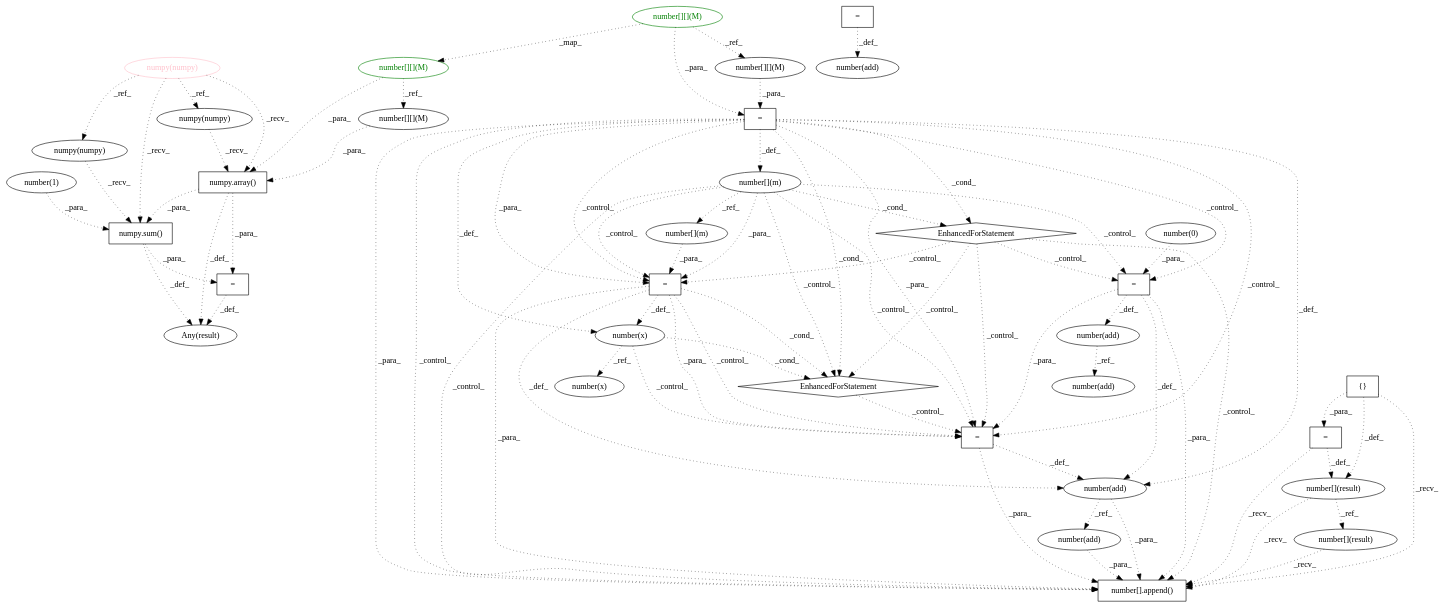
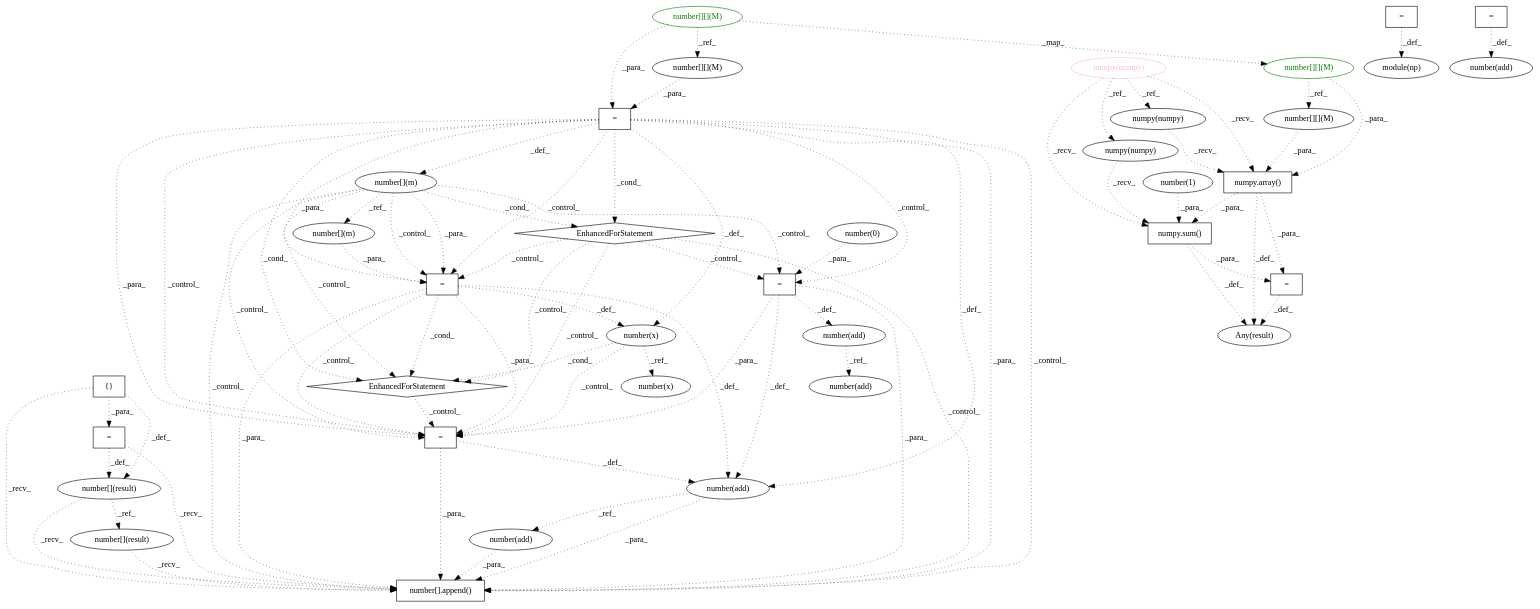
Before and after one commit to maldil/R-CPATMiner: the diagram in AtomicASTChangeMining/OUTPUT/DEBUG/0b0b5cabd55953de19e86685dfa1dd2799bcc3fc___0.dot, drawn with Graphviz. The commit also changed 706 other files, not shown here.

```diff
--- a/AtomicASTChangeMining/OUTPUT/DEBUG/0b0b5cabd55953de19e86685dfa1dd2799bcc3fc___0.dot
+++ b/AtomicASTChangeMining/OUTPUT/DEBUG/0b0b5cabd55953de19e86685dfa1dd2799bcc3fc___0.dot
@@ -1,112 +1,115 @@
 digraph G {
-1 [label="numpy(numpy)" shape=ellipse]
-2 [label="numpy.array()" shape=box]
-3 [label="numpy(numpy)" shape=ellipse]
-4 [label="number(add)" shape=ellipse]
-5 [label="EnhancedForStatement" shape=diamond]
-6 [label="number(0)" shape=ellipse]
-7 [label="number(1)" shape=ellipse]
-8 [label="number(add)" shape=ellipse]
+1 [label="number(x)" shape=ellipse]
+2 [label="{}" shape=box]
+3 [label="Any(result)" shape=ellipse]
+4 [label="number(1)" shape=ellipse]
+5 [label="numpy(numpy)" shape=ellipse color=pink fontcolor=pink]
+6 [label="number(x)" shape=ellipse]
+7 [label="number(add)" shape=ellipse]
+8 [label="number[][](M)" shape=ellipse]
 9 [label="=" shape=box]
-10 [label="EnhancedForStatement" shape=diamond]
-11 [label="number(add)" shape=ellipse]
-12 [label="{}" shape=box]
-13 [label="number[][](M)" shape=ellipse color=green fontcolor=green]
-14 [label="number(x)" shape=ellipse]
-15 [label="=" shape=box]
-16 [label="Any(result)" shape=ellipse]
-17 [label="=" shape=box]
-18 [label="=" shape=box]
-19 [label="=" shape=box]
-20 [label="number[](result)" shape=ellipse]
-21 [label="number(add)" shape=ellipse]
-22 [label="number[](m)" shape=ellipse]
-23 [label="=" shape=box]
-24 [label="number[][](M)" shape=ellipse]
-25 [label="=" shape=box]
-26 [label="number[][](M)" shape=ellipse]
-27 [label="number[][](M)" shape=ellipse color=green fontcolor=green]
-28 [label="number[].append()" shape=box]
-29 [label="numpy.sum()" shape=box]
-30 [label="number(x)" shape=ellipse]
-31 [label="number[](m)" shape=ellipse]
-32 [label="numpy(numpy)" shape=ellipse color=pink fontcolor=pink]
-33 [label="number[](result)" shape=ellipse]
-34 [label="number(add)" shape=ellipse]
-32 -> 1 [label="_ref_" style=dotted];
-1 -> 2 [label="_recv_" style=dotted];
-26 -> 2 [label="_para_" style=dotted];
-32 -> 2 [label="_recv_" style=dotted];
-13 -> 2 [label="_para_" style=dotted];
-32 -> 3 [label="_ref_" style=dotted];
-21 -> 4 [label="_ref_" style=dotted];
-10 -> 5 [label="_control_" style=dotted];
-30 -> 5 [label="_cond_" style=dotted];
-19 -> 5 [label="_cond_" style=dotted];
-23 -> 5 [label="_cond_" style=dotted];
-31 -> 5 [label="_control_" style=dotted];
-15 -> 8 [label="_def_" style=dotted];
-10 -> 9 [label="_control_" style=dotted];
-6 -> 9 [label="_para_" style=dotted];
-31 -> 9 [label="_control_" style=dotted];
-23 -> 9 [label="_control_" style=dotted];
-31 -> 10 [label="_cond_" style=dotted];
-23 -> 10 [label="_cond_" style=dotted];
-25 -> 11 [label="_def_" style=dotted];
-19 -> 11 [label="_def_" style=dotted];
-23 -> 11 [label="_def_" style=dotted];
-9 -> 11 [label="_def_" style=dotted];
-27 -> 13 [label="_map_" style=dotted];
-30 -> 14 [label="_ref_" style=dotted];
-17 -> 16 [label="_def_" style=dotted];
-29 -> 16 [label="_def_" style=dotted];
-2 -> 16 [label="_def_" style=dotted];
-29 -> 17 [label="_para_" style=dotted];
-2 -> 17 [label="_para_" style=dotted];
-12 -> 18 [label="_para_" style=dotted];
-10 -> 19 [label="_control_" style=dotted];
-22 -> 19 [label="_para_" style=dotted];
-31 -> 19 [label="_para_" style=dotted];
-23 -> 19 [label="_para_" style=dotted];
-31 -> 19 [label="_control_" style=dotted];
-23 -> 19 [label="_control_" style=dotted];
-33 -> 20 [label="_ref_" style=dotted];
-9 -> 21 [label="_def_" style=dotted];
-31 -> 22 [label="_ref_" style=dotted];
-24 -> 23 [label="_para_" style=dotted];
-27 -> 23 [label="_para_" style=dotted];
-27 -> 24 [label="_ref_" style=dotted];
-5 -> 25 [label="_control_" style=dotted];
-19 -> 25 [label="_para_" style=dotted];
-23 -> 25 [label="_para_" style=dotted];
-9 -> 25 [label="_para_" style=dotted];
-10 -> 25 [label="_control_" style=dotted];
-30 -> 25 [label="_control_" style=dotted];
-19 -> 25 [label="_control_" style=dotted];
-23 -> 25 [label="_control_" style=dotted];
-31 -> 25 [label="_control_" style=dotted];
-13 -> 26 [label="_ref_" style=dotted];
-10 -> 28 [label="_control_" style=dotted];
-20 -> 28 [label="_recv_" style=dotted];
-34 -> 28 [label="_para_" style=dotted];
-11 -> 28 [label="_para_" style=dotted];
-25 -> 28 [label="_para_" style=dotted];
-19 -> 28 [label="_para_" style=dotted];
+10 [label="number[][](M)" shape=ellipse color=green fontcolor=green]
+11 [label="=" shape=box]
+12 [label="=" shape=box]
+13 [label="=" shape=box]
+14 [label="EnhancedForStatement" shape=diamond]
+15 [label="number(add)" shape=ellipse]
+16 [label="=" shape=box]
+17 [label="EnhancedForStatement" shape=diamond]
+18 [label="number[](result)" shape=ellipse]
+19 [label="module(np)" shape=ellipse]
+20 [label="number(add)" shape=ellipse]
+21 [label="numpy(numpy)" shape=ellipse]
+22 [label="number[](result)" shape=ellipse]
+23 [label="numpy.array()" shape=box]
+24 [label="number(0)" shape=ellipse]
+25 [label="number(add)" shape=ellipse]
+26 [label="numpy(numpy)" shape=ellipse]
+27 [label="=" shape=box]
+28 [label="numpy.sum()" shape=box]
+29 [label="number(add)" shape=ellipse]
+30 [label="number[](m)" shape=ellipse]
+31 [label="number[][](M)" shape=ellipse]
+32 [label="=" shape=box]
+33 [label="number[](m)" shape=ellipse]
+34 [label="=" shape=box]
+35 [label="number[].append()" shape=box]
+36 [label="number[][](M)" shape=ellipse color=green fontcolor=green]
+6 -> 1 [label="_ref_" style=dotted];
+27 -> 3 [label="_def_" style=dotted];
+28 -> 3 [label="_def_" style=dotted];
+23 -> 3 [label="_def_" style=dotted];
+13 -> 6 [label="_def_" style=dotted];
+9 -> 6 [label="_def_" style=dotted];
+15 -> 7 [label="_ref_" style=dotted];
+36 -> 8 [label="_ref_" style=dotted];
+31 -> 9 [label="_para_" style=dotted];
+10 -> 9 [label="_para_" style=dotted];
+2 -> 11 [label="_para_" style=dotted];
+14 -> 13 [label="_control_" style=dotted];
+33 -> 13 [label="_para_" style=dotted];
+30 -> 13 [label="_para_" style=dotted];
+9 -> 13 [label="_para_" style=dotted];
+30 -> 13 [label="_control_" style=dotted];
+9 -> 13 [label="_control_" style=dotted];
+30 -> 14 [label="_cond_" style=dotted];
+9 -> 14 [label="_cond_" style=dotted];
+34 -> 15 [label="_def_" style=dotted];
+17 -> 16 [label="_control_" style=dotted];
+13 -> 16 [label="_para_" style=dotted];
+9 -> 16 [label="_para_" style=dotted];
+34 -> 16 [label="_para_" style=dotted];
+14 -> 16 [label="_control_" style=dotted];
+6 -> 16 [label="_control_" style=dotted];
+13 -> 16 [label="_control_" style=dotted];
+9 -> 16 [label="_control_" style=dotted];
+30 -> 16 [label="_control_" style=dotted];
+14 -> 17 [label="_control_" style=dotted];
+6 -> 17 [label="_cond_" style=dotted];
+13 -> 17 [label="_cond_" style=dotted];
+9 -> 17 [label="_cond_" style=dotted];
+30 -> 17 [label="_control_" style=dotted];
+22 -> 18 [label="_ref_" style=dotted];
+12 -> 19 [label="_def_" style=dotted];
+29 -> 20 [label="_ref_" style=dotted];
+5 -> 21 [label="_ref_" style=dotted];
+11 -> 22 [label="_def_" style=dotted];
+2 -> 22 [label="_def_" style=dotted];
+26 -> 23 [label="_recv_" style=dotted];
+8 -> 23 [label="_para_" style=dotted];
+5 -> 23 [label="_recv_" style=dotted];
+36 -> 23 [label="_para_" style=dotted];
+32 -> 25 [label="_def_" style=dotted];
+5 -> 26 [label="_ref_" style=dotted];
+28 -> 27 [label="_para_" style=dotted];
+23 -> 27 [label="_para_" style=dotted];
+21 -> 28 [label="_recv_" style=dotted];
+4 -> 28 [label="_para_" style=dotted];
+5 -> 28 [label="_recv_" style=dotted];
 23 -> 28 [label="_para_" style=dotted];
-9 -> 28 [label="_para_" style=dotted];
-33 -> 28 [label="_recv_" style=dotted];
-18 -> 28 [label="_recv_" style=dotted];
-12 -> 28 [label="_recv_" style=dotted];
-31 -> 28 [label="_control_" style=dotted];
-23 -> 28 [label="_control_" style=dotted];
-3 -> 29 [label="_recv_" style=dotted];
-7 -> 29 [label="_para_" style=dotted];
-32 -> 29 [label="_recv_" style=dotted];
-2 -> 29 [label="_para_" style=dotted];
-19 -> 30 [label="_def_" style=dotted];
-23 -> 30 [label="_def_" style=dotted];
-23 -> 31 [label="_def_" style=dotted];
-18 -> 33 [label="_def_" style=dotted];
-12 -> 33 [label="_def_" style=dotted];
-11 -> 34 [label="_ref_" style=dotted];
+16 -> 29 [label="_def_" style=dotted];
+13 -> 29 [label="_def_" style=dotted];
+9 -> 29 [label="_def_" style=dotted];
+34 -> 29 [label="_def_" style=dotted];
+9 -> 30 [label="_def_" style=dotted];
+10 -> 31 [label="_ref_" style=dotted];
+30 -> 33 [label="_ref_" style=dotted];
+14 -> 34 [label="_control_" style=dotted];
+24 -> 34 [label="_para_" style=dotted];
+30 -> 34 [label="_control_" style=dotted];
+9 -> 34 [label="_control_" style=dotted];
+14 -> 35 [label="_control_" style=dotted];
+18 -> 35 [label="_recv_" style=dotted];
+20 -> 35 [label="_para_" style=dotted];
+22 -> 35 [label="_recv_" style=dotted];
+11 -> 35 [label="_recv_" style=dotted];
+2 -> 35 [label="_recv_" style=dotted];
+29 -> 35 [label="_para_" style=dotted];
+16 -> 35 [label="_para_" style=dotted];
+13 -> 35 [label="_para_" style=dotted];
+9 -> 35 [label="_para_" style=dotted];
+34 -> 35 [label="_para_" style=dotted];
+30 -> 35 [label="_control_" style=dotted];
+9 -> 35 [label="_control_" style=dotted];
+10 -> 36 [label="_map_" style=dotted];
 }
```
